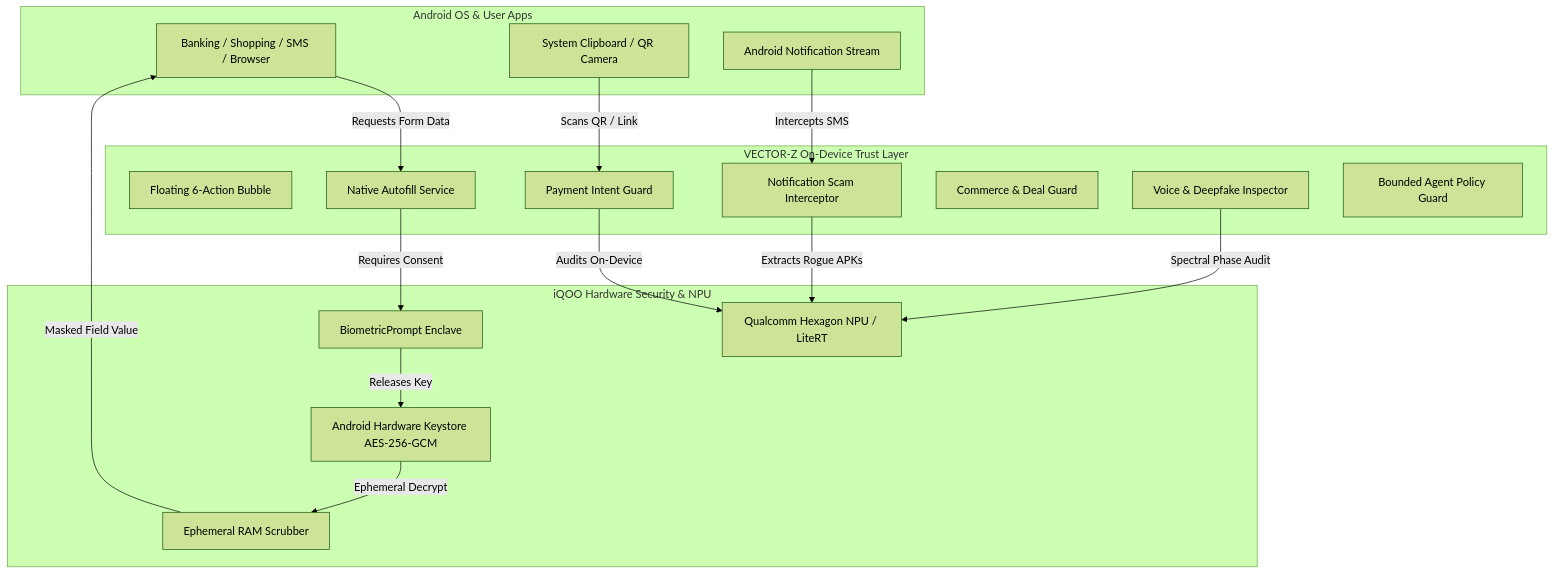
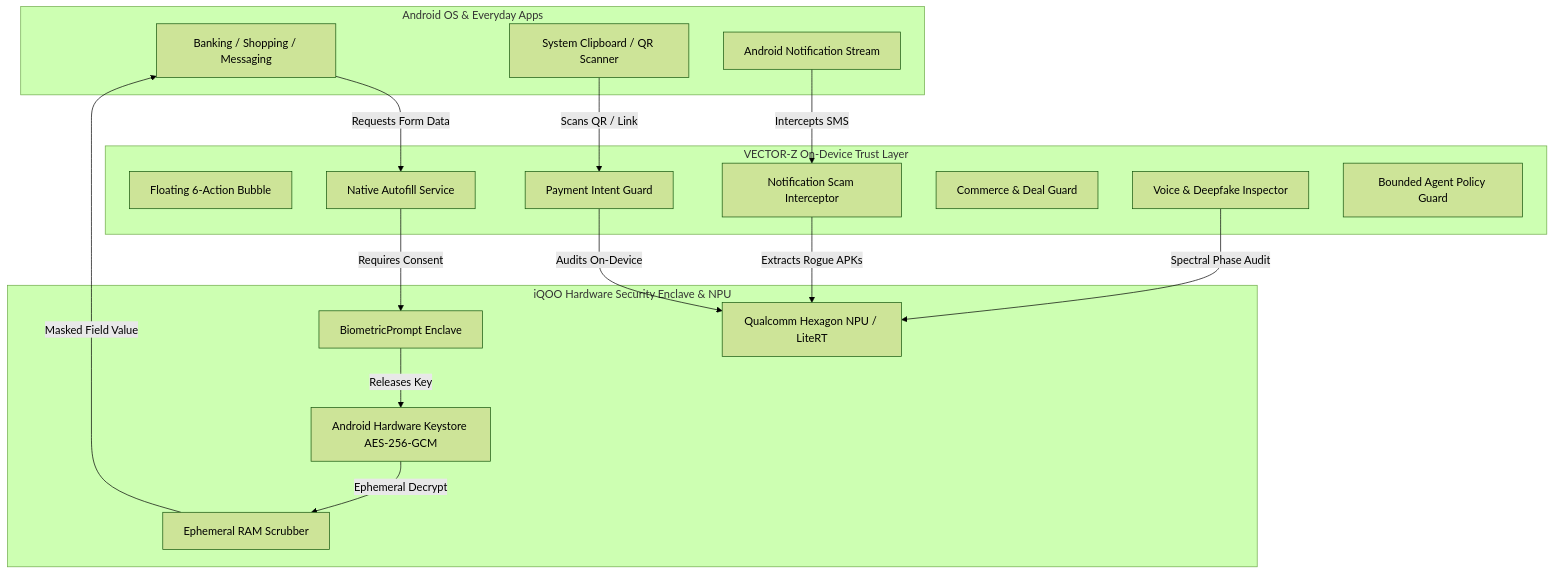
Before and after one commit to mysterious03/VECTOR-Z: the diagram in README.md, drawn with Mermaid (forest theme). The commit also changed other lines of this file and 5 other files, not shown here.

````diff
--- a/README.md
+++ b/README.md
@@ -313,37 +140,37 @@
 ```mermaid
 graph TD
-    subgraph System Layer [Android OS & User Apps]
-        UserApp[Banking / Shopping / SMS / Browser]
-        Clipboard[System Clipboard / QR Camera]
+    subgraph System Layer [Android OS & Everyday Apps]
+        UserApp[Banking / Shopping / Messaging]
+        Clipboard[System Clipboard / QR Scanner]
         NotifService[Android Notification Stream]
     end
 
     subgraph VectorZ [VECTOR-Z On-Device Trust Layer]
         OverlayBubble[Floating 6-Action Bubble]
         AutofillCore[Native Autofill Service]
         NotifGuard[Notification Scam Interceptor]
         PaymentEngine[Payment Intent Guard]
         CommerceEngine[Commerce & Deal Guard]
         MediaEngine[Voice & Deepfake Inspector]
         PolicyEngine[Bounded Agent Policy Guard]
     end
 
-    subgraph Hardware Enclave [iQOO Hardware Security & NPU]
+    subgraph Hardware Enclave [iQOO Hardware Security Enclave & NPU]
         Keystore[Android Hardware Keystore AES-256-GCM]
         Biometrics[BiometricPrompt Enclave]
         NPU[Qualcomm Hexagon NPU / LiteRT]
         ZeroLog[Ephemeral RAM Scrubber]
     end
 
     UserApp -->|Requests Form Data| AutofillCore
     AutofillCore -->|Requires Consent| Biometrics
     Biometrics -->|Releases Key| Keystore
     Keystore -->|Ephemeral Decrypt| ZeroLog
     ZeroLog -->|Masked Field Value| UserApp
 
     Clipboard -->|Scans QR / Link| PaymentEngine
     NotifService -->|Intercepts SMS| NotifGuard
     PaymentEngine -->|Audits On-Device| NPU
     NotifGuard -->|Extracts Rogue APKs| NPU
     MediaEngine -->|Spectral Phase Audit| NPU
 ```
````
